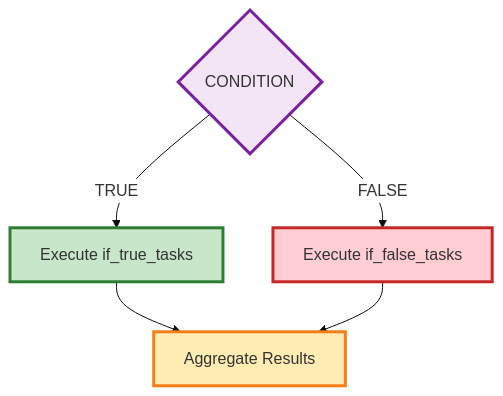
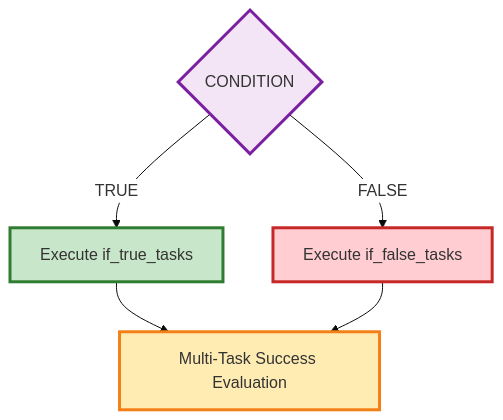
One commit to bastelbude1/Tasker changed the fifth of 10 diagrams in TaskER_FlowChart.md. Above: the diagram before and after it, drawn with Mermaid. The commit also changed other lines of this file, not shown here.

First line of the commit message:
✨ Add dedicated Multi-Task Success Evaluation Block

````diff
--- a/TaskER_FlowChart.md
+++ b/TaskER_FlowChart.md
@@ -185,13 +185,13 @@
 ```mermaid
 %%{init: {'theme':'base', 'themeVariables': {'primaryColor':'#ffffff'}}}%%
 flowchart TD
     A{CONDITION} -->|TRUE| B[Execute if_true_tasks]
     A -->|FALSE| C[Execute if_false_tasks]
-    B --> D[Aggregate Results]
+    B --> D[Multi-Task Success Evaluation]
     C --> D
 
     style A fill:#f3e5f5,stroke:#7b1fa2,stroke-width:3px
     style B fill:#c8e6c9,stroke:#2e7d32,stroke-width:3px
     style C fill:#ffcdd2,stroke:#c62828,stroke-width:3px
     style D fill:#ffecb3,stroke:#f57f17,stroke-width:3px
 ```
````
